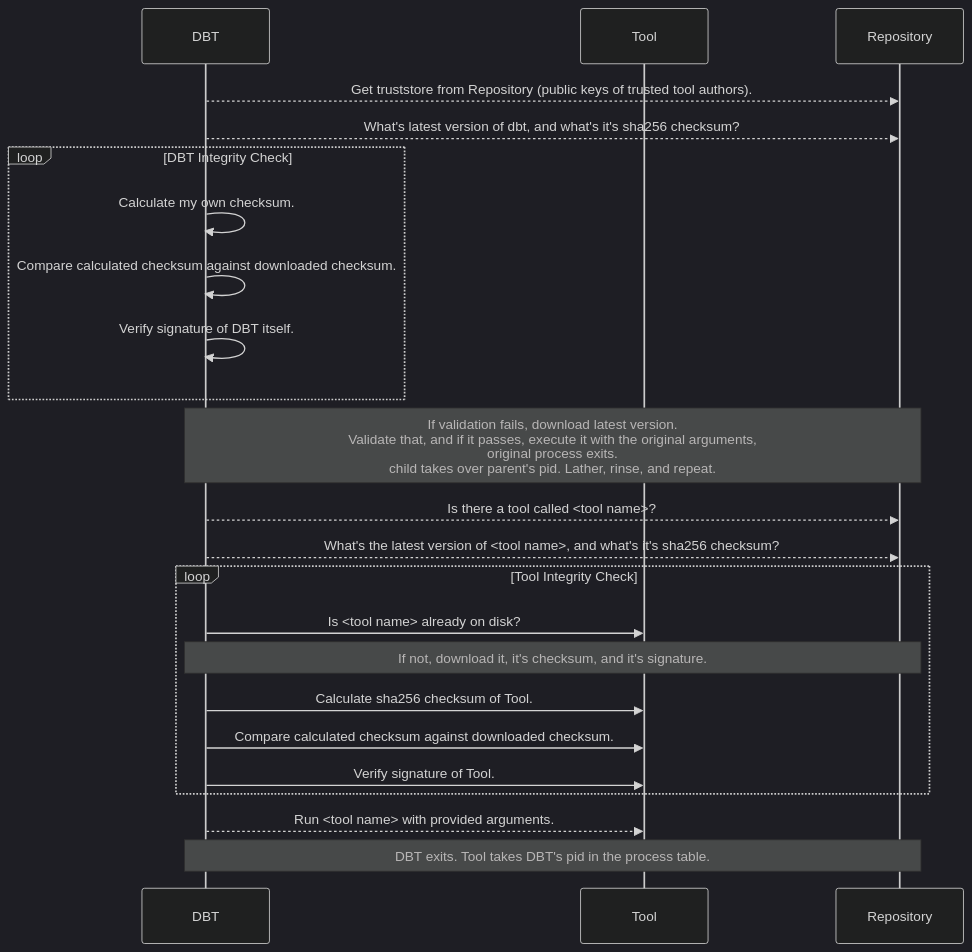
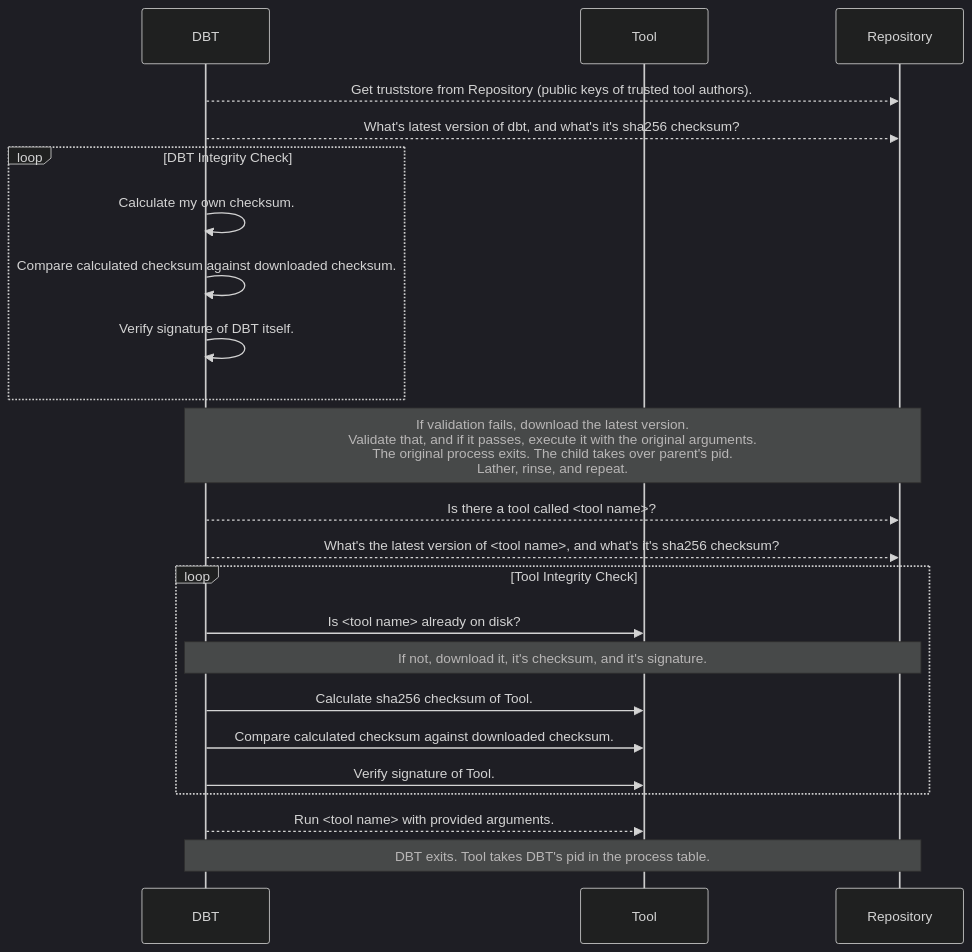
The diagram in README.md (nikogura/dbt), drawn with Mermaid (dark theme) before and after one commit.

Commit message:
Added to readme

````diff
--- a/README.md
+++ b/README.md
@@ -67,26 +67,26 @@
 ```mermaid
 sequenceDiagram
     participant DBT
     participant Tool
     participant Repository
     DBT-->>Repository: Get truststore from Repository (public keys of trusted tool authors).
     DBT-->>Repository: What's latest version of dbt, and what's it's sha256 checksum?
     loop DBT Integrity Check
         DBT->>DBT: Calculate my own checksum.
         DBT->>DBT: Compare calculated checksum against downloaded checksum.
         DBT->>DBT: Verify signature of DBT itself.
     end
-    Note over DBT,Repository: If validation fails, download latest version.<br>Validate that, and if it passes, execute it with the original arguments,<br>original process exits.<br>child takes over parent's pid.  Lather, rinse, and repeat.
+    Note over DBT,Repository: If validation fails, download the latest version.<br>Validate that, and if it passes, execute it with the original arguments.<br> The original process exits.  The child takes over parent's pid.<br>Lather, rinse, and repeat.
     DBT-->>Repository: Is there a tool called <tool name>?
     DBT-->>Repository: What's the latest version of <tool name>, and what's it's sha256 checksum?
     loop Tool Integrity Check
         DBT->>Tool: Is <tool name> already on disk?
         Note over DBT,Repository: If not, download it, it's checksum, and it's signature.
         DBT->>Tool: Calculate sha256 checksum of Tool.
         DBT->>Tool: Compare calculated checksum against downloaded checksum.
         DBT->>Tool: Verify signature of Tool.
     end
     DBT-->>Tool: Run <tool name> with provided arguments.
     Note over DBT,Repository: DBT exits.  Tool takes DBT's pid in the process table.
 
 ```
````
